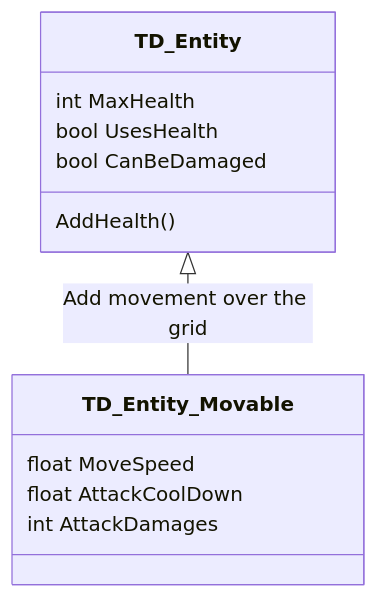
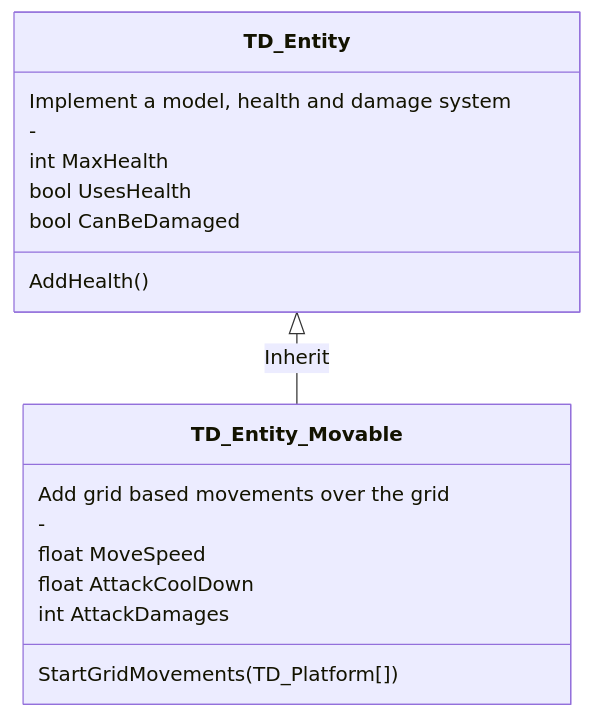
One commit to l0th3r/TD-Template changed the diagram in ClassesCharts.md. Above: the diagram before and after it, drawn with Mermaid. The commit also changed other lines of this file, not shown here.

````diff
--- a/ClassesCharts.md
+++ b/ClassesCharts.md
@@ -3,15 +5,20 @@
 ```mermaid
  classDiagram
-      TD_Entity <|-- TD_Entity_Movable : Add movement over the grid
+      TD_Entity <|-- TD_Entity_Movable : Inherit
  
       class TD_Entity
+        TD_Entity: Implement a model, health and damage system
+        TD_Entity: -
         TD_Entity: int MaxHealth
         TD_Entity: bool UsesHealth
         TD_Entity: bool CanBeDamaged
         TD_Entity: AddHealth()
       
       class TD_Entity_Movable
+        TD_Entity_Movable: Add grid based movements over the grid
+        TD_Entity_Movable: -
         TD_Entity_Movable: float MoveSpeed
         TD_Entity_Movable: float AttackCoolDown
         TD_Entity_Movable: int AttackDamages
+        TD_Entity_Movable: StartGridMovements(TD_Platform[])
 ```
````
